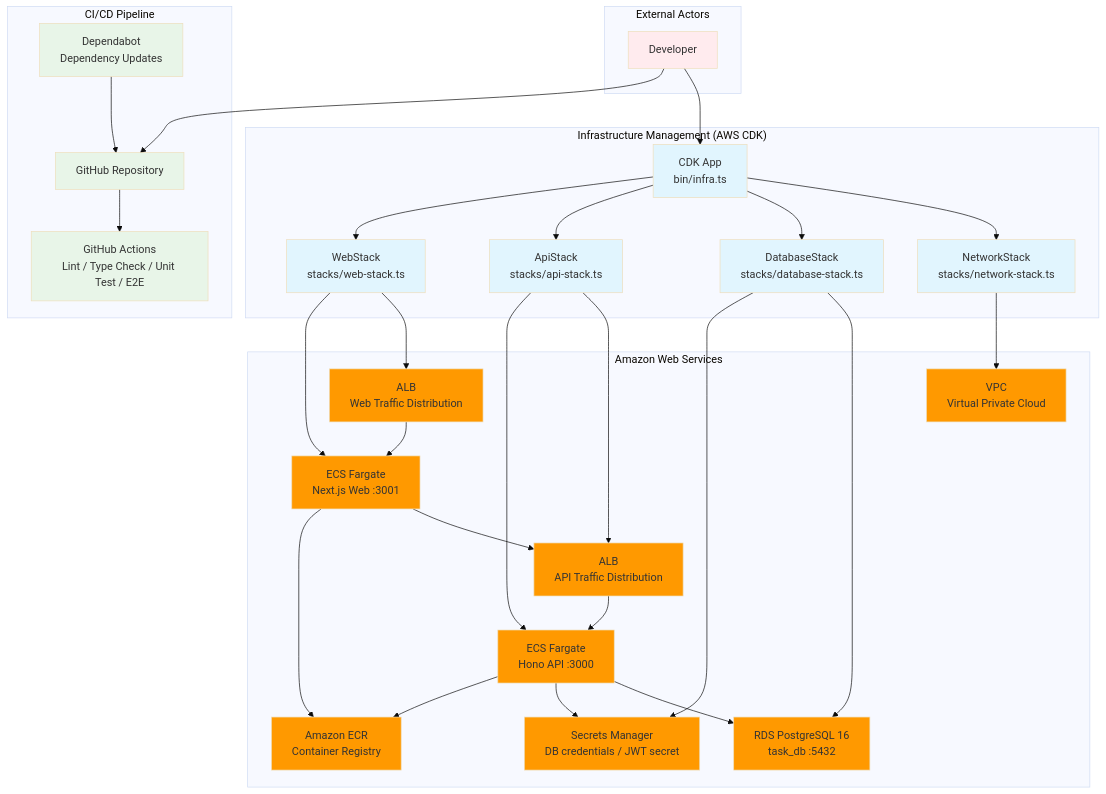
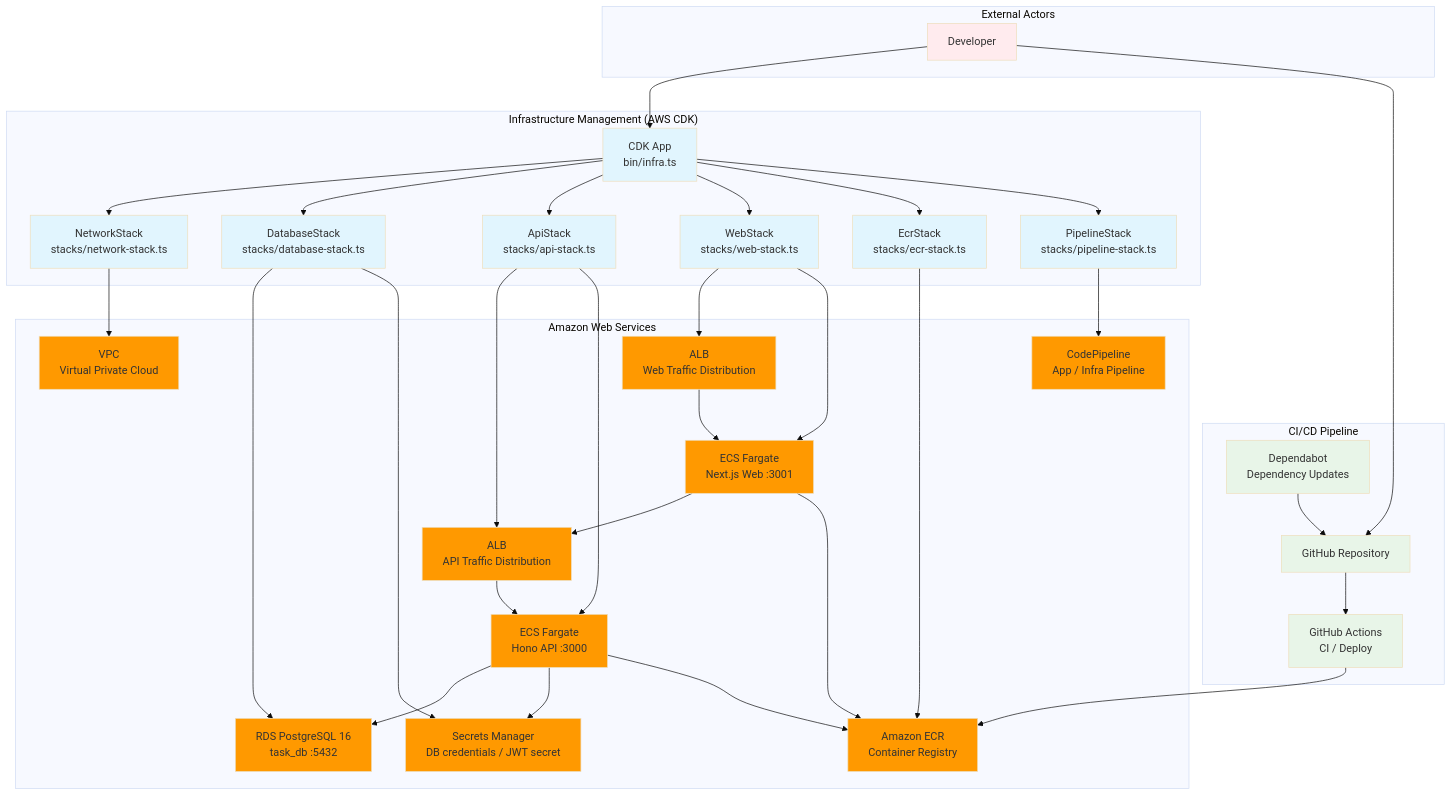
One commit to kenwoo9y/forge-ts-example changed the first of 5 diagrams in docs/infra-architecture.md. Above: the diagram before and after it, drawn with Mermaid (base theme). The commit also changed other lines of this file, not shown here.

````diff
--- a/docs/infra-architecture.md
+++ b/docs/infra-architecture.md
@@ -7,72 +7,80 @@
 ```mermaid
 graph TB
     subgraph "External Actors"
         DEV[Developer]
     end
 
     subgraph "Infrastructure Management (AWS CDK)"
         CDK_APP["CDK App<br/>bin/infra.ts"]
         NETWORK_STACK["NetworkStack<br/>stacks/network-stack.ts"]
         DATABASE_STACK["DatabaseStack<br/>stacks/database-stack.ts"]
         API_STACK["ApiStack<br/>stacks/api-stack.ts"]
         WEB_STACK["WebStack<br/>stacks/web-stack.ts"]
+        ECR_STACK["EcrStack<br/>stacks/ecr-stack.ts"]
+        PIPELINE_STACK["PipelineStack<br/>stacks/pipeline-stack.ts"]
     end
 
     subgraph "Amazon Web Services"
         VPC["VPC<br/>Virtual Private Cloud"]
         ALB_API["ALB<br/>API Traffic Distribution"]
         ALB_WEB["ALB<br/>Web Traffic Distribution"]
         ECS_API["ECS Fargate<br/>Hono API :3000"]
         ECS_WEB["ECS Fargate<br/>Next.js Web :3001"]
         RDS["RDS PostgreSQL 16<br/>task_db :5432"]
         ECR["Amazon ECR<br/>Container Registry"]
         SM["Secrets Manager<br/>DB credentials / JWT secret"]
+        CODEPIPELINE["CodePipeline<br/>App / Infra Pipeline"]
     end
 
     subgraph "CI/CD Pipeline"
         GITHUB["GitHub Repository"]
-        GITHUB_ACTIONS["GitHub Actions<br/>Lint / Type Check / Unit Test / E2E"]
+        GITHUB_ACTIONS["GitHub Actions<br/>CI / Deploy"]
         DEPENDABOT["Dependabot<br/>Dependency Updates"]
     end
 
     %% Development Flow
     DEV --> CDK_APP
     CDK_APP --> NETWORK_STACK
     CDK_APP --> DATABASE_STACK
     CDK_APP --> API_STACK
     CDK_APP --> WEB_STACK
+    CDK_APP --> ECR_STACK
+    CDK_APP --> PIPELINE_STACK
 
     %% Infrastructure Resources
     NETWORK_STACK --> VPC
     DATABASE_STACK --> RDS
     DATABASE_STACK --> SM
     API_STACK --> ALB_API
     API_STACK --> ECS_API
     WEB_STACK --> ALB_WEB
     WEB_STACK --> ECS_WEB
+    ECR_STACK --> ECR
+    PIPELINE_STACK --> CODEPIPELINE
 
     %% Service Connections
     ALB_API --> ECS_API
     ALB_WEB --> ECS_WEB
     ECS_API --> RDS
     ECS_API --> SM
     ECS_WEB --> ALB_API
     ECS_API --> ECR
     ECS_WEB --> ECR
 
     %% CI/CD
     DEV --> GITHUB
     GITHUB --> GITHUB_ACTIONS
+    GITHUB_ACTIONS --> ECR
     DEPENDABOT --> GITHUB
 
     %% Styles
     classDef actorClass fill:#ffebee
     classDef infraClass fill:#e1f5fe
     classDef awsClass fill:#ff9900
     classDef ciCdClass fill:#e8f5e8
 
     class DEV actorClass
-    class CDK_APP,NETWORK_STACK,DATABASE_STACK,API_STACK,WEB_STACK infraClass
-    class VPC,ALB_API,ALB_WEB,ECS_API,ECS_WEB,RDS,ECR,SM awsClass
+    class CDK_APP,NETWORK_STACK,DATABASE_STACK,API_STACK,WEB_STACK,ECR_STACK,PIPELINE_STACK infraClass
+    class VPC,ALB_API,ALB_WEB,ECS_API,ECS_WEB,RDS,ECR,SM,CODEPIPELINE awsClass
     class GITHUB,GITHUB_ACTIONS,DEPENDABOT ciCdClass
 ```
````
